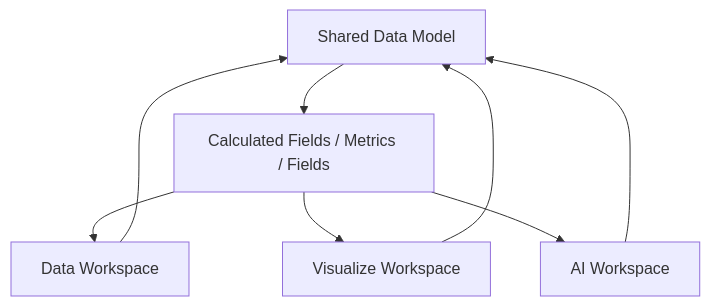
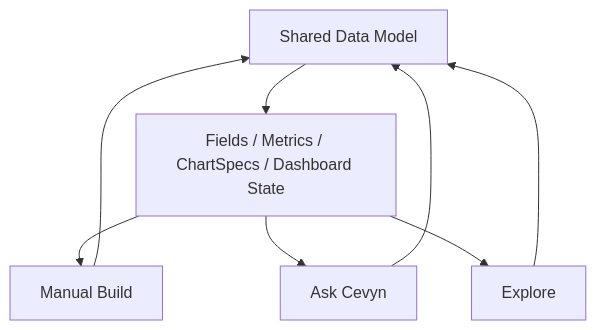
One commit to gabrieljonathanabebe/AXIS changed the seventh of 8 diagrams in docs/ARCHITECTURE.md. Above: the diagram before and after it, drawn with Mermaid. The commit also changed other lines of this file and 2 other files, not shown here.

Commit message:
docs: focus Cevyn on visual analytics

````diff
--- a/docs/ARCHITECTURE.md
+++ b/docs/ARCHITECTURE.md
@@ -560,18 +603,18 @@
 ```mermaid
 flowchart TB
     Core[Shared Data Model]
 
-    Data[Data Workspace]
-    Visualize[Visualize Workspace]
-    AI[AI Workspace]
+    Manual[Manual Build]
+    Ask[Ask Cevyn]
+    Explore[Explore]
 
-    Data --> Core
-    Visualize --> Core
-    AI --> Core
+    Manual --> Core
+    Ask --> Core
+    Explore --> Core
 
-    Core --> Result[Calculated Fields / Metrics / Fields]
+    Core --> Result[Fields / Metrics / ChartSpecs / Dashboard State]
 
-    Result --> Data
-    Result --> Visualize
-    Result --> AI
+    Result --> Manual
+    Result --> Ask
+    Result --> Explore
 ```
````
